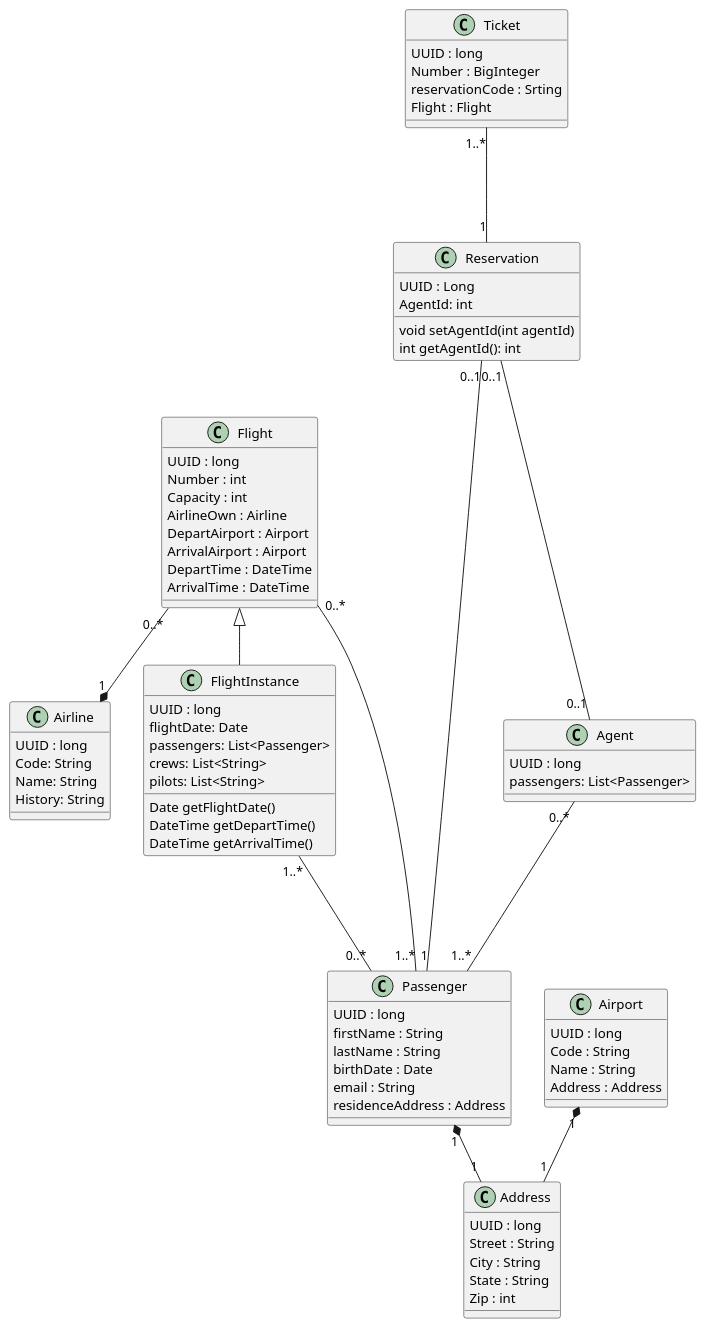
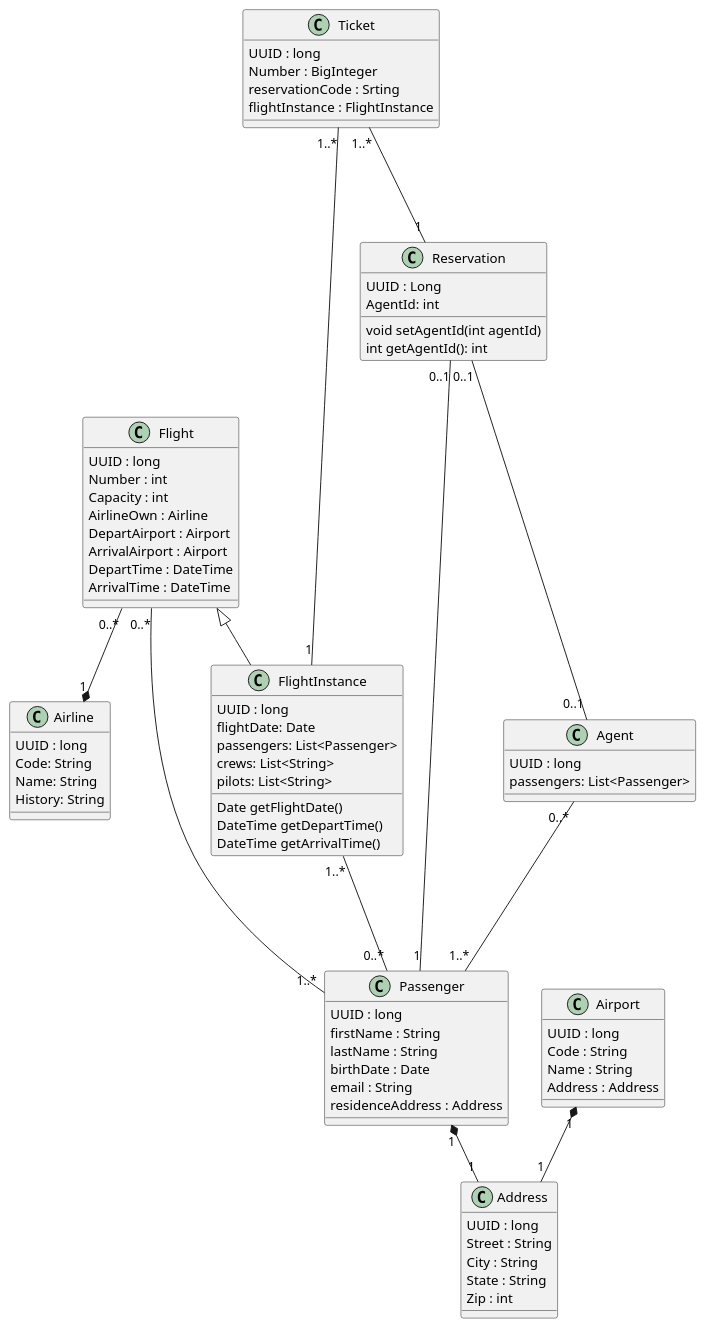
Before and after one commit to AlperenElbasan/FlightReservationSystem: the diagram in Diagrams/Uml/Project.puml, drawn with PlantUML. The commit also changed 1 other file, not shown here.

Commit message:
update uml

```diff
--- a/Diagrams/Uml/Project.puml
+++ b/Diagrams/Uml/Project.puml
@@ -1,90 +1,93 @@
 @startuml
 
 Class Airline {
     UUID : long 
     Code: String 
     Name: String
     History: String 
 }
 
 Class Airport{
     UUID : long
     Code : String
     Name : String
     Address : Address
 }
 
 Class Address{
     UUID : long
     Street : String
     City : String
     State : String
     Zip : int 
 }
 
 Class Flight{
     UUID : long
     Number : int
     Capacity : int
     AirlineOwn : Airline
     DepartAirport : Airport
     ArrivalAirport : Airport
     DepartTime : DateTime
     ArrivalTime : DateTime
 }
 
 Class FlightInstance{
     UUID : long
     flightDate: Date
     passengers: List<Passenger>
     crews: List<String>
     pilots: List<String>
     Date getFlightDate()
     DateTime getDepartTime()
     DateTime getArrivalTime()
 }
 
 '  It has an id, date, list of passengers, list of crew (flight staff), list of pilots (usually there are at least two or more)
 
 Class Passenger {
     UUID : long
     firstName : String
     lastName : String 
     birthDate : Date
     email : String
     residenceAddress : Address
 }
 
 Class Reservation {
     UUID : Long
     AgentId: int
     void setAgentId(int agentId)
     int getAgentId(): int
 }
 
 Class Agent {
     UUID : long
     passengers: List<Passenger>
 }
 
 Class Ticket {
     UUID : long
     Number : BigInteger 
     reservationCode : Srting
-    Flight : Flight
+    flightInstance : FlightInstance
 }
 
 Airport "1" *-- "1" Address
 Flight "0..*" --* "1" Airline
 Flight ^-- FlightInstance
 Passenger "1" *-- "1" Address
 
 Reservation "0..1" --- "1" Passenger
 Flight "0..*" --- "1..*" Passenger
 Ticket "1..*" --- "1" Reservation
+
+Ticket "1..*" --- "1" FlightInstance
+
 Agent "0..*" --- "1..*" Passenger
 Reservation "0..1" --- "0..1" Agent
 
 FlightInstance "1..*" --- "0..*" Passenger
 
 @enduml
```
